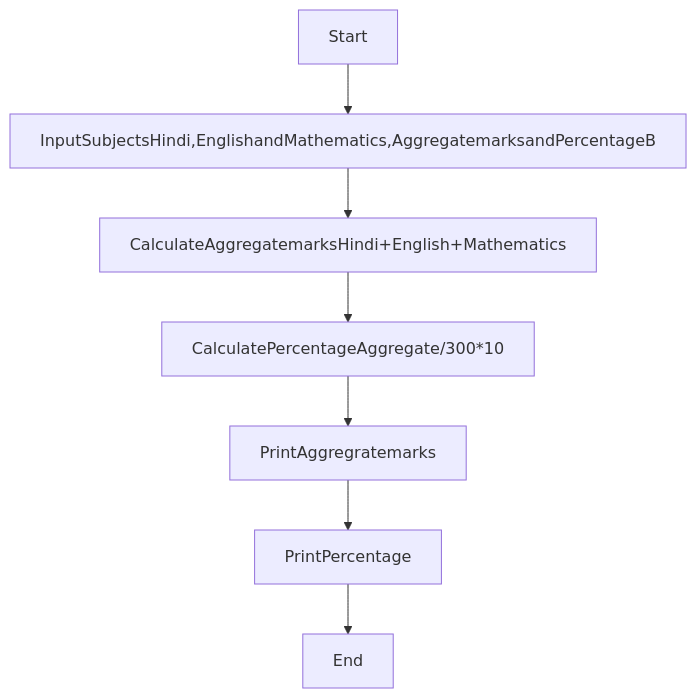
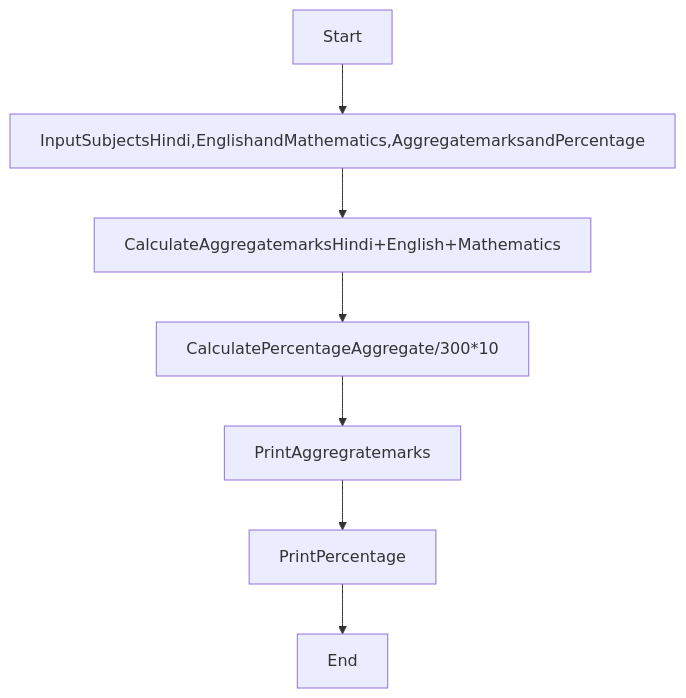
Before and after one commit to ranjodh-kaur/Programming-for-Problem-Solving: the diagram in Algorithms/2marks.md, drawn with Mermaid. The commit also changed other lines of this file, not shown here.

````diff
--- a/Algorithms/2marks.md
+++ b/Algorithms/2marks.md
@@ -16,9 +16,9 @@
 ```mermaid
 graph TD;
-   Start-->InputSubjectsHindi,EnglishandMathematics,AggregatemarksandPercentageB;
-    InputSubjectsHindi,EnglishandMathematics,AggregatemarksandPercentageB--> CalculateAggregatemarksHindi+English+Mathematics;
+   Start-->InputSubjectsHindi,EnglishandMathematics,AggregatemarksandPercentage;
+    InputSubjectsHindi,EnglishandMathematics,AggregatemarksandPercentage--> CalculateAggregatemarksHindi+English+Mathematics;
     CalculateAggregatemarksHindi+English+Mathematics-->CalculatePercentageAggregate/300*10;
     CalculatePercentageAggregate/300*10--> PrintAggregratemarks;
  PrintAggregratemarks-->PrintPercentage
 PrintPercentage-->End
 ```
````
